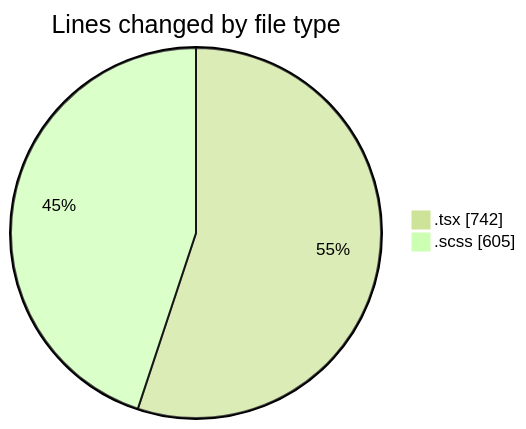
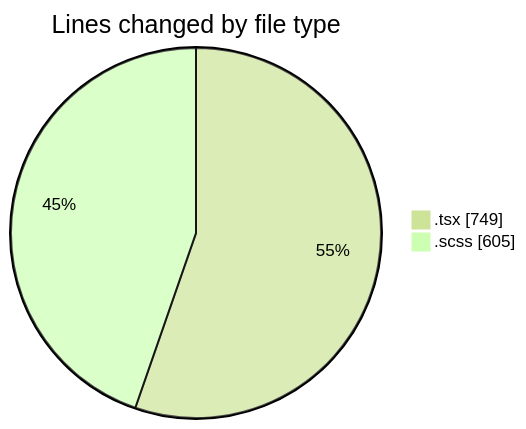
Before and after one commit to momahboobian/code-tracking: the first of 2 diagrams in 2025-03-27/cda/README.md, drawn with Mermaid (forest theme). The commit also changed other lines of this file and 1 other file, not shown here.

````diff
--- a/2025-03-27/cda/README.md
+++ b/2025-03-27/cda/README.md
@@ -22,6 +22,6 @@
 ```mermaid
 pie showData
 title Lines changed by file type
-".tsx" : 742
+".tsx" : 749
 ".scss" : 605
 ```
````
